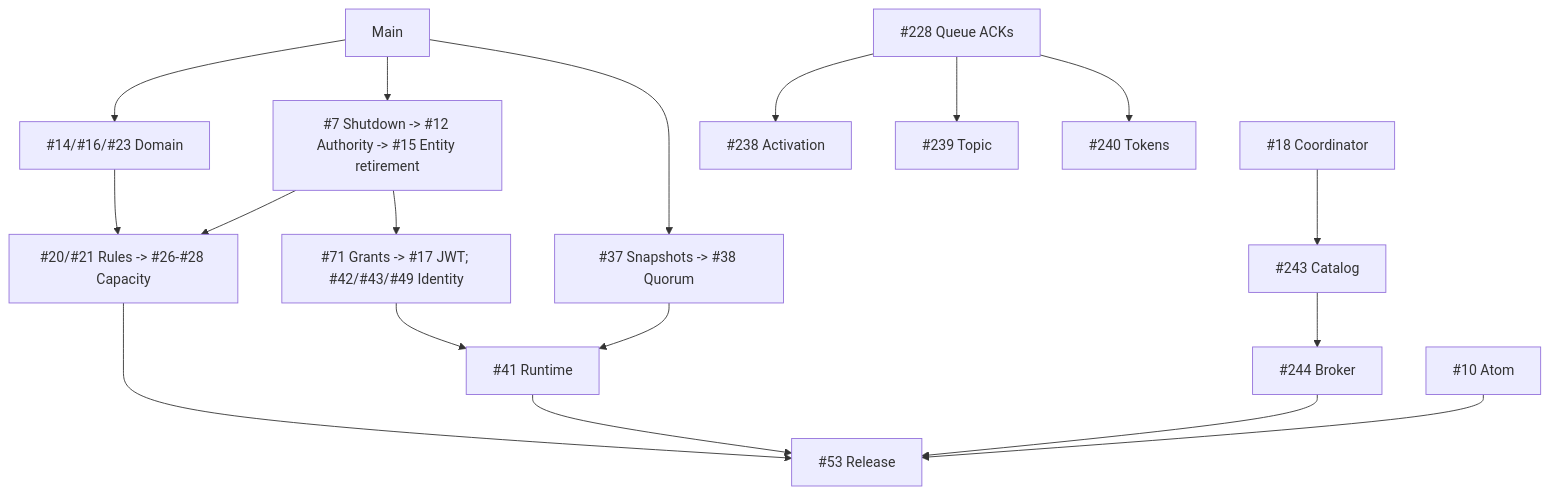
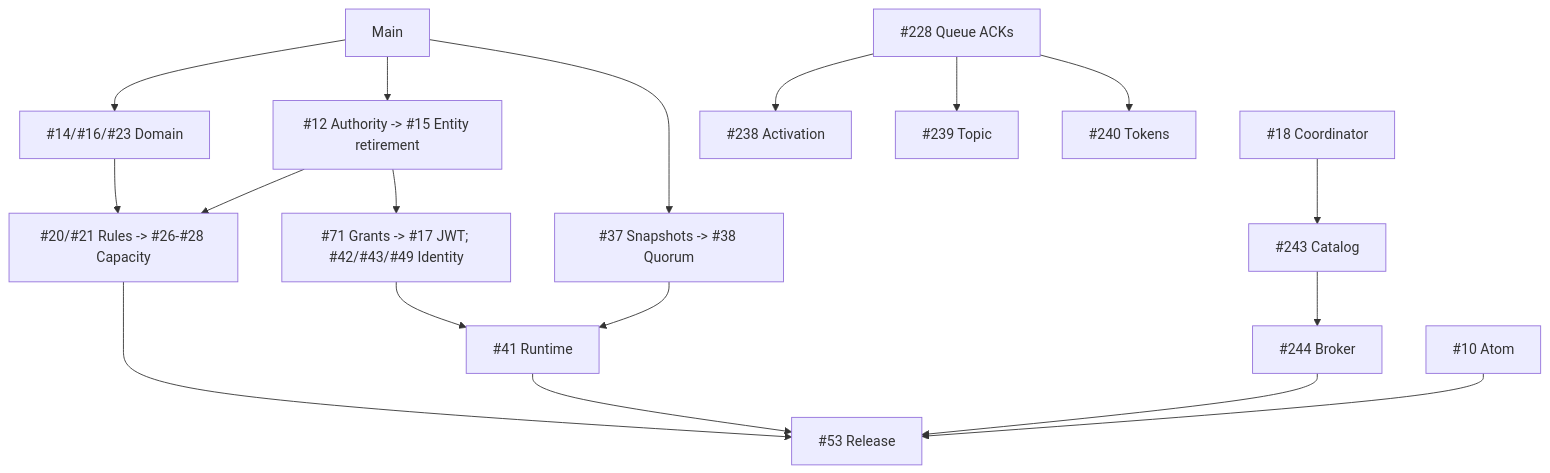
One commit to DeandreT/switchyard changed the first of 2 diagrams in docs/roadmap.md. Above: the diagram before and after it, drawn with Mermaid. The commit also changed other lines of this file, not shown here.

Commit message:
docs: record the completed shutdown coordinator (#327)

````diff
--- a/docs/roadmap.md
+++ b/docs/roadmap.md
@@ -25,12 +28,12 @@
 ```mermaid
 flowchart TD
-    Main["Main"] --> Lifecycle["#7 Shutdown -> #12 Authority -> #15 Entity retirement"] --> Semantics["#20/#21 Rules -> #26-#28 Capacity"]
+    Main["Main"] --> Lifecycle["#12 Authority -> #15 Entity retirement"] --> Semantics["#20/#21 Rules -> #26-#28 Capacity"]
     Main --> Domain["#14/#16/#23 Domain"] --> Semantics
     Main --> Recovery["#37 Snapshots -> #38 Quorum"] --> Runtime["#41 Runtime"]
     Lifecycle --> Security["#71 Grants -> #17 JWT; #42/#43/#49 Identity"] --> Runtime
     Atom["#10 Atom"] --> Gates["#53 Release"]
     Admin["#18 Coordinator"] --> Catalog["#243 Catalog"] --> Broker["#244 Broker"] --> Gates
     Allocation["#228 Queue ACKs"] --> Activation["#238 Activation"]
     Allocation --> Topic["#239 Topic"]; Allocation --> Tokens["#240 Tokens"]
     Runtime --> Gates; Semantics --> Gates
 ```
````
